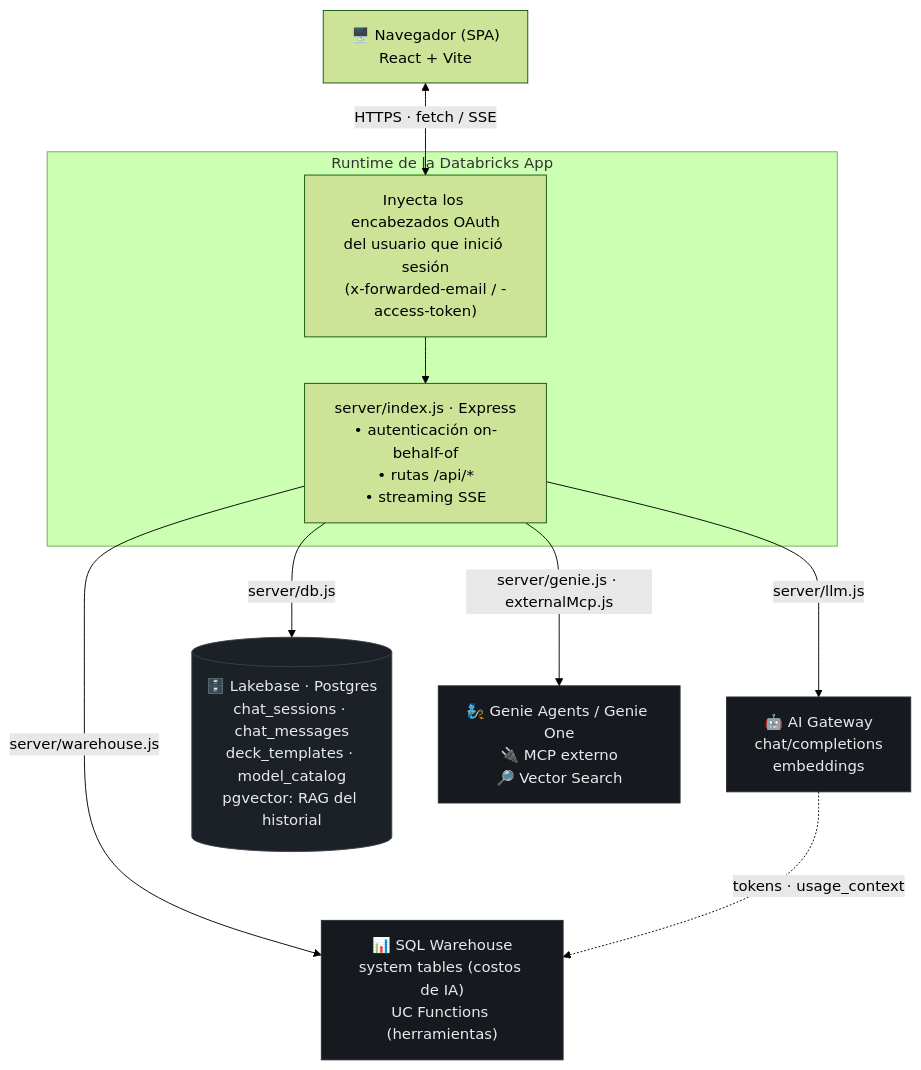
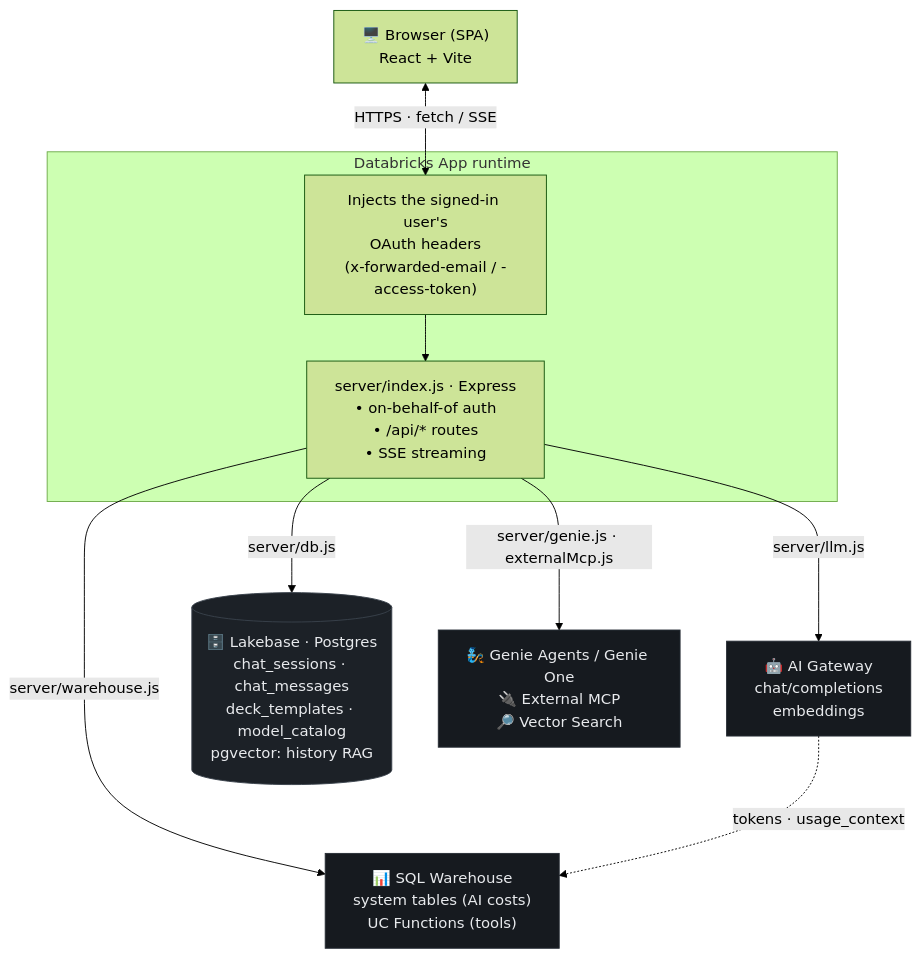
One commit to pedrotramos/ai-prism changed the diagram in README.es.md. Above: the diagram before and after it, drawn with Mermaid (forest theme). The commit also changed other lines of this file and 9 other files, not shown here.

First line of the commit message:
docs(i18n): Mermaid diagrams byte-identical to English in every locale (W2-10 QA r1)

````diff
--- a/README.es.md
+++ b/README.es.md
@@ -27,24 +26,24 @@
 ```mermaid
 flowchart TB
-    SPA["🖥️ Navegador (SPA)<br/>React + Vite"]
+    SPA["🖥️ Browser (SPA)<br/>React + Vite"]
 
-    subgraph runtime["Runtime de la Databricks App"]
-        APP["Inyecta los encabezados OAuth<br/>del usuario que inició sesión<br/>(x-forwarded-email / -access-token)"]
-        SRV["server/index.js · Express<br/>• autenticación on-behalf-of<br/>• rutas /api/*<br/>• streaming SSE"]
+    subgraph runtime["Databricks App runtime"]
+        APP["Injects the signed-in user's<br/>OAuth headers<br/>(x-forwarded-email / -access-token)"]
+        SRV["server/index.js · Express<br/>• on-behalf-of auth<br/>• /api/* routes<br/>• SSE streaming"]
         APP --> SRV
     end
 
     SPA <-->|"HTTPS · fetch / SSE"| APP
 
     SRV -->|"server/llm.js"| GW["🤖 AI Gateway<br/>chat/completions<br/>embeddings"]
-    SRV -->|"server/db.js"| LB[("🗄️ Lakebase · Postgres<br/>chat_sessions · chat_messages<br/>deck_templates · model_catalog<br/>pgvector: RAG del historial")]
-    SRV -->|"server/warehouse.js"| WH["📊 SQL Warehouse<br/>system tables (costos de IA)<br/>UC Functions (herramientas)"]
-    SRV -->|"server/genie.js · externalMcp.js"| EXT["🧞 Genie Agents / Genie One<br/>🔌 MCP externo<br/>🔎 Vector Search"]
+    SRV -->|"server/db.js"| LB[("🗄️ Lakebase · Postgres<br/>chat_sessions · chat_messages<br/>deck_templates · model_catalog<br/>pgvector: history RAG")]
+    SRV -->|"server/warehouse.js"| WH["📊 SQL Warehouse<br/>system tables (AI costs)<br/>UC Functions (tools)"]
+    SRV -->|"server/genie.js · externalMcp.js"| EXT["🧞 Genie Agents / Genie One<br/>🔌 External MCP<br/>🔎 Vector Search"]
 
     GW -.->|"tokens · usage_context"| WH
 
     classDef store fill:#1c2127,stroke:#3A424C,color:#e8eaed;
     classDef svc fill:#161a1f,stroke:#272d35,color:#e8eaed;
     class GW,WH,EXT svc;
     class LB store;
 ```
````
